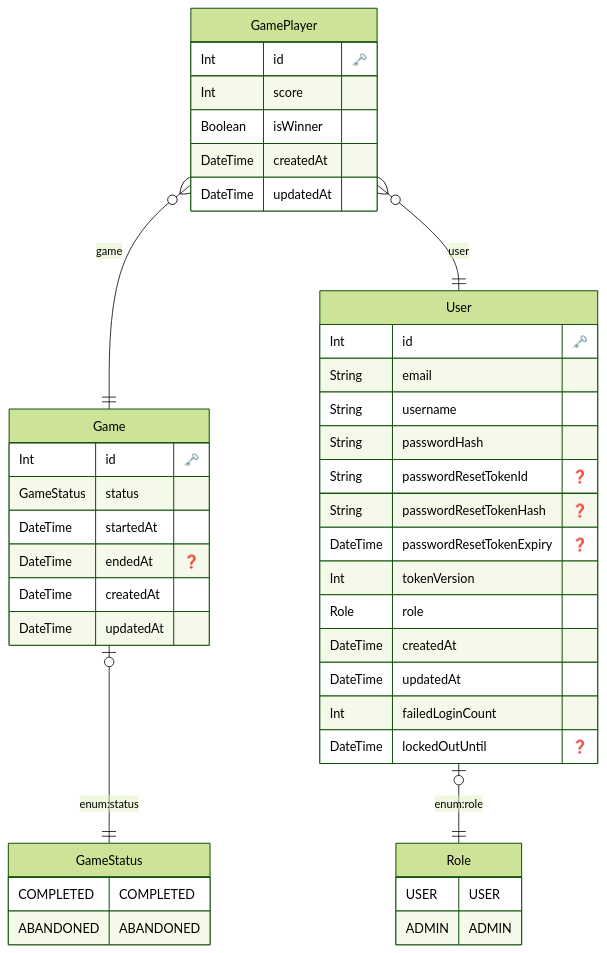
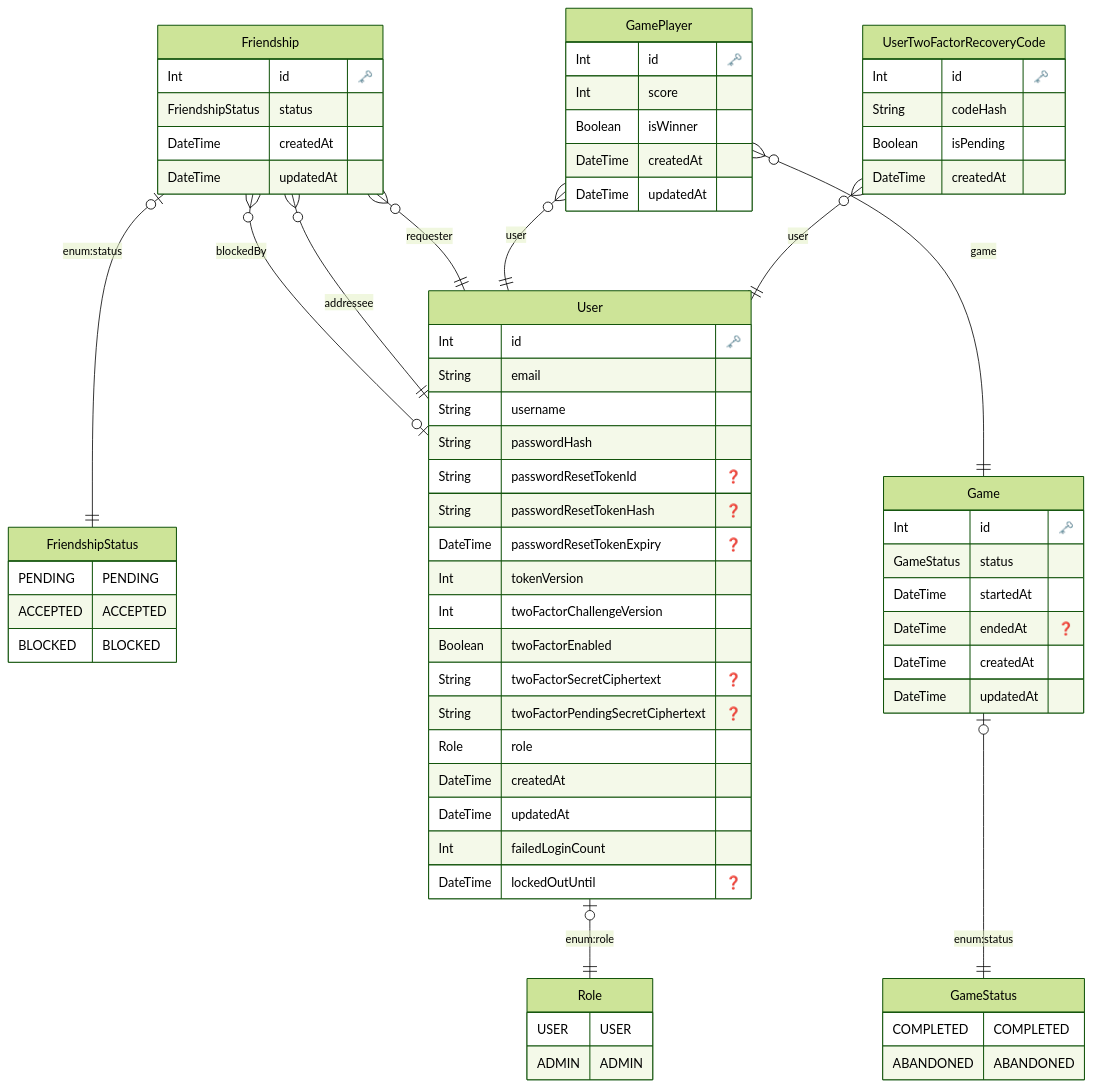
The diagram in docs/ERD.md (Trackscendence/trackscendence), drawn with Mermaid (forest theme) before and after one commit. The commit also changed 5 other files, not shown here.

Commit message:
fix: decouple ERD generation from server startup

````diff
--- a/docs/ERD.md
+++ b/docs/ERD.md
@@ -13,6 +13,14 @@
 ABANDONED ABANDONED
         }
 
+
+
+        FriendshipStatus {
+            PENDING PENDING
+ACCEPTED ACCEPTED
+BLOCKED BLOCKED
+        }
+
   "User" {
     Int id "🗝️"
     String email
@@ -22,11 +30,23 @@
     String passwordResetTokenHash "❓"
     DateTime passwordResetTokenExpiry "❓"
     Int tokenVersion
+    Int twoFactorChallengeVersion
+    Boolean twoFactorEnabled
+    String twoFactorSecretCiphertext "❓"
+    String twoFactorPendingSecretCiphertext "❓"
     Role role
     DateTime createdAt
     DateTime updatedAt
     Int failedLoginCount
     DateTime lockedOutUntil "❓"
+    }
+
+
+  "UserTwoFactorRecoveryCode" {
+    Int id "🗝️"
+    String codeHash
+    Boolean isPending
+    DateTime createdAt
     }
 
 
@@ -48,8 +68,21 @@
     DateTime updatedAt
     }
 
+
+  "Friendship" {
+    Int id "🗝️"
+    FriendshipStatus status
+    DateTime createdAt
+    DateTime updatedAt
+    }
+
     "User" |o--|| "Role" : "enum:role"
+    "UserTwoFactorRecoveryCode" }o--|| "User" : "user"
     "Game" |o--|| "GameStatus" : "enum:status"
     "GamePlayer" }o--|| "Game" : "game"
     "GamePlayer" }o--|| "User" : "user"
+    "Friendship" |o--|| "FriendshipStatus" : "enum:status"
+    "Friendship" }o--|| "User" : "requester"
+    "Friendship" }o--|| "User" : "addressee"
+    "Friendship" }o--|o "User" : "blockedBy"
 ```
````
